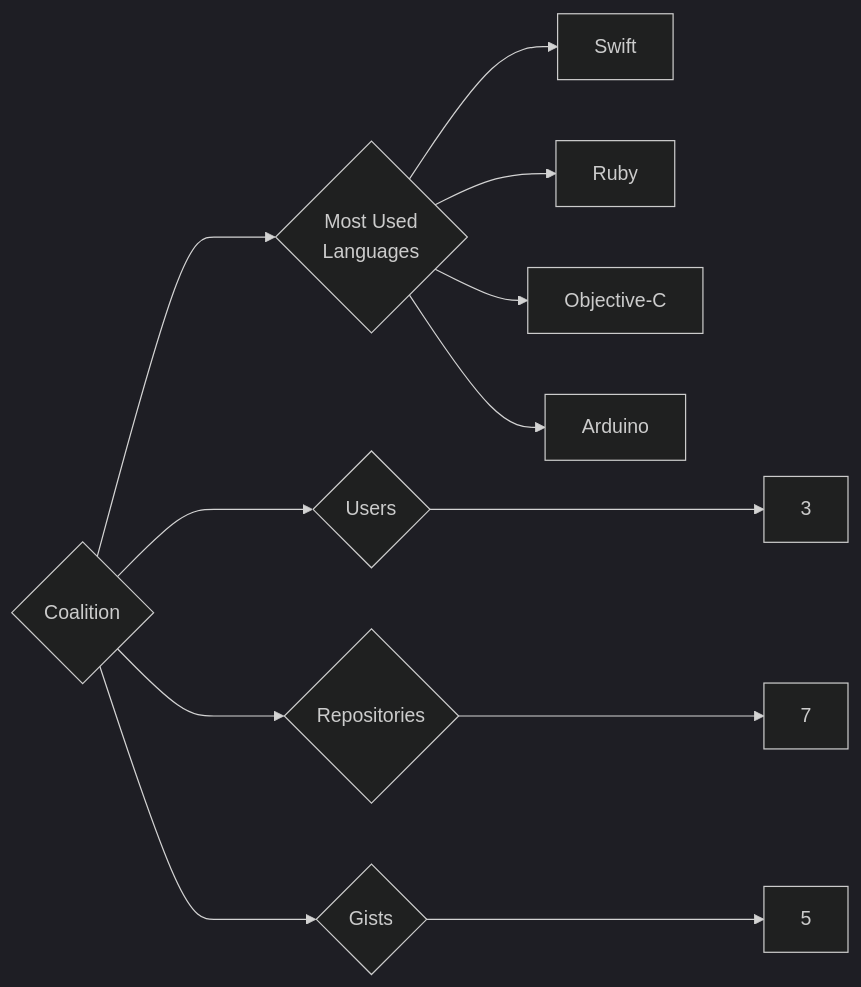
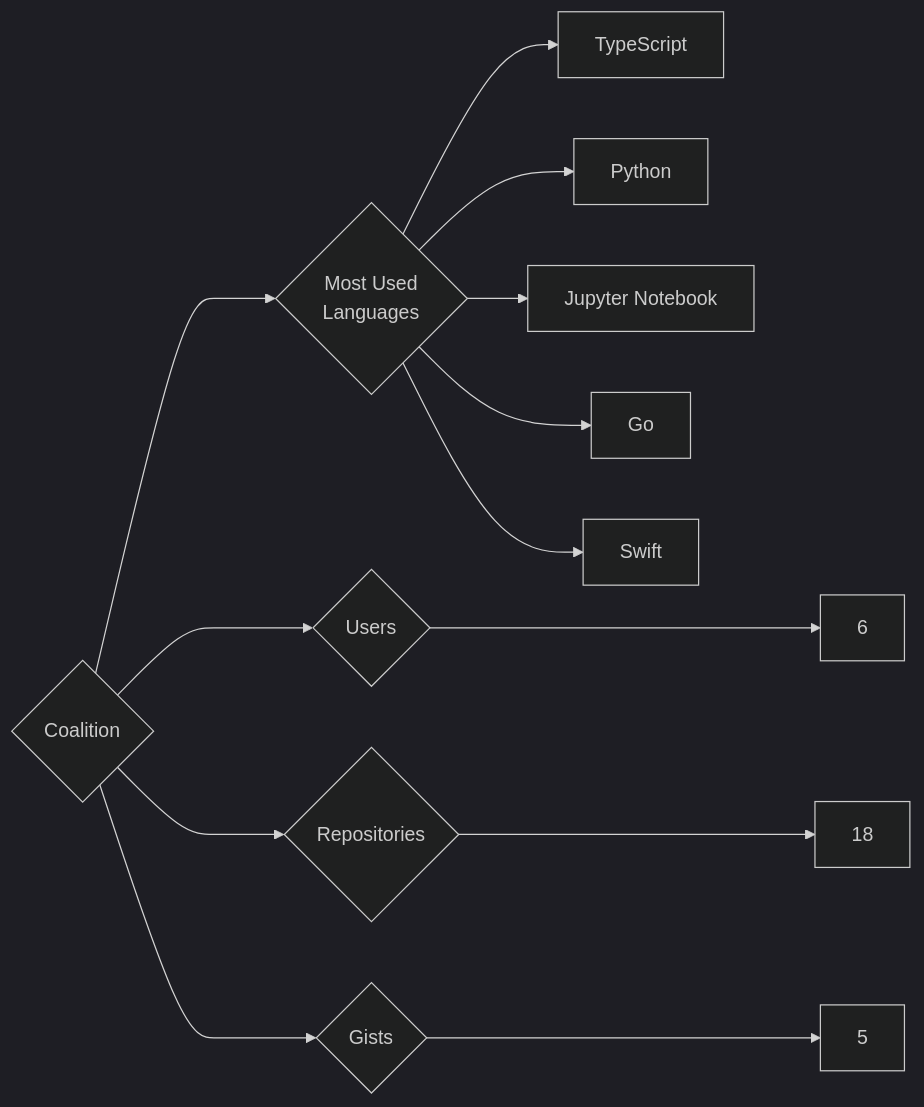
The diagram in targets/Coalition/README.md (trickest/insiders), drawn with Mermaid (dark theme) before and after one commit. The commit also changed 1036 other files, not shown here.

````diff
--- a/targets/Coalition/README.md
+++ b/targets/Coalition/README.md
@@ -3,12 +3,13 @@
 ```mermaid
 graph LR
 COMPANY_NAME{Coalition}
-COMPANY_NAME ---> U{Users} ---> UN[3]
-COMPANY_NAME ---> R{Repositories} ---> RN[7]
+COMPANY_NAME ---> U{Users} ---> UN[6]
+COMPANY_NAME ---> R{Repositories} ---> RN[18]
 COMPANY_NAME ---> G{Gists} ---> GN[5]
 COMPANY_NAME ---> ML{Most Used<br>Languages}
+ML --> TypeScript[TypeScript]
+ML --> Python[Python]
+ML --> Jupyter_Notebook[Jupyter Notebook]
+ML --> Go[Go]
 ML --> Swift[Swift]
-ML --> Ruby[Ruby]
-ML --> Objective-C[Objective-C]
-ML --> Arduino[Arduino]
 ```
````
